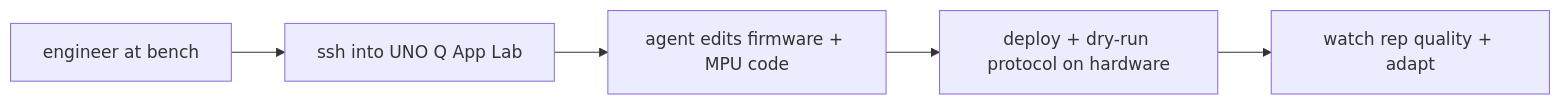
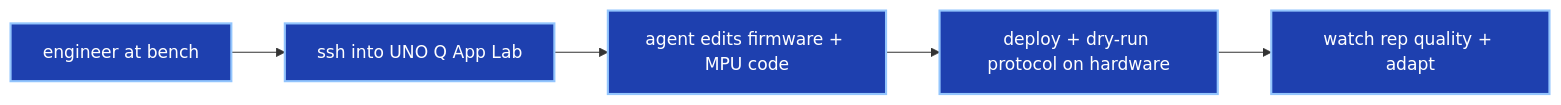
One commit to altaga/Armic changed the fifth of 6 diagrams in README.md. Above: the diagram before and after it, drawn with Mermaid. The commit also changed other lines of this file and 53 other files, not shown here.

````diff
--- a/README.md
+++ b/README.md
@@ -319,7 +410,10 @@
 ```mermaid
 flowchart LR
   A1[engineer at bench] --> A2[ssh into UNO Q App Lab]
   A2 --> A3[agent edits firmware + MPU code]
   A3 --> A4[deploy + dry-run protocol on hardware]
   A4 --> A5[watch rep quality + adapt]
+
+  classDef step fill:#1e40af,color:#ffffff,stroke:#93c5fd,stroke-width:2px
+  class A1,A2,A3,A4,A5 step
 ```
````
